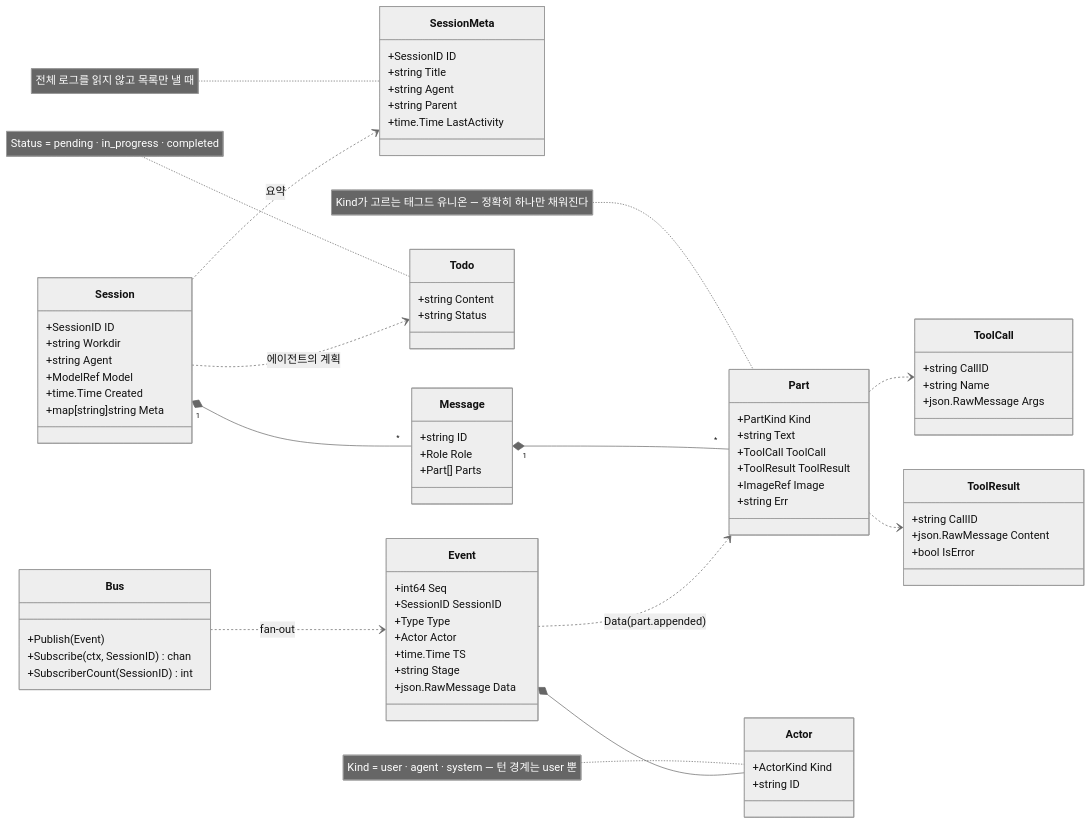
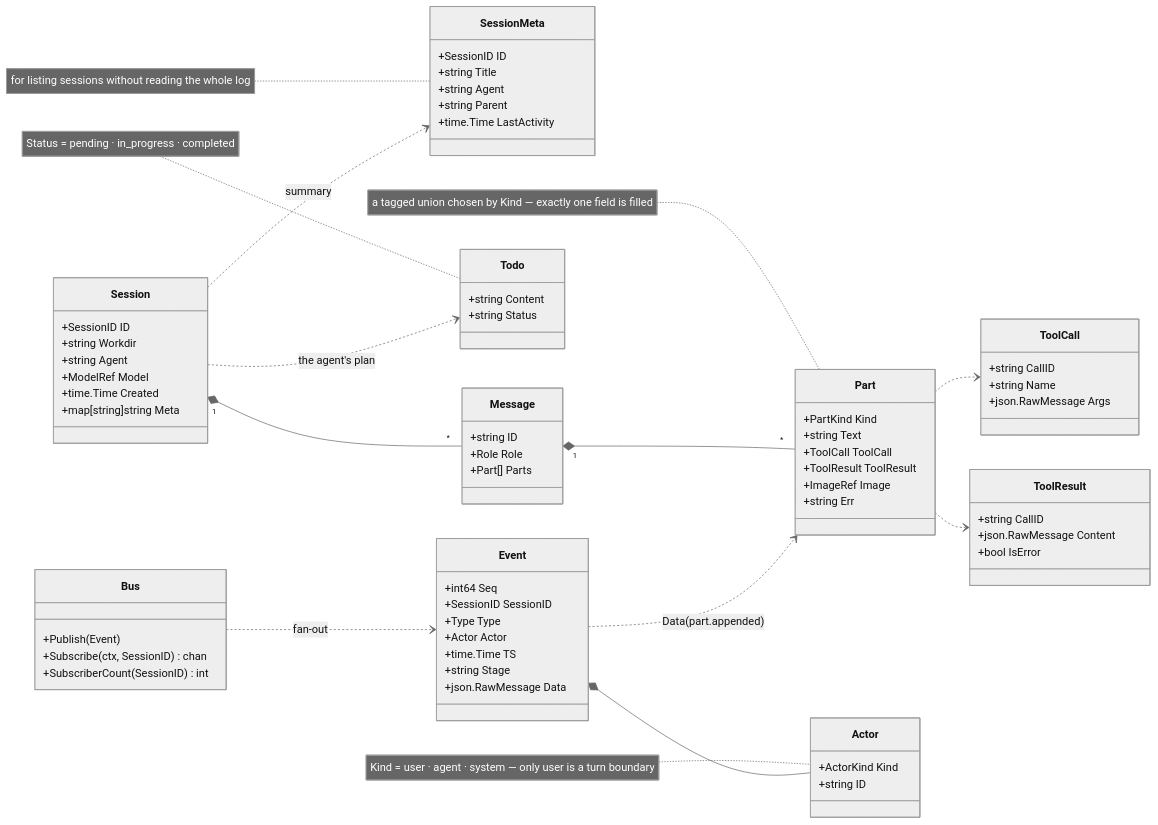
One commit to sayaya1090/magi changed the fifth of 10 diagrams in docs/DIAGRAMS.md. Above: the diagram before and after it, drawn with Mermaid. The commit also changed other lines of this file and 5 other files, not shown here.

First line of the commit message:
docs: split DIAGRAMS into English and Korean

````diff
--- a/docs/DIAGRAMS.md
+++ b/docs/DIAGRAMS.md
@@ -203,82 +212,82 @@
 ```mermaid
 %%{init: {'theme':'neutral'}}%%
 classDiagram
   direction LR
 
   class Session {
     +SessionID ID
     +string Workdir
     +string Agent
     +ModelRef Model
     +time.Time Created
     +map[string]string Meta
   }
   class SessionMeta {
     +SessionID ID
     +string Title
     +string Agent
     +string Parent
     +time.Time LastActivity
   }
-  note for SessionMeta "전체 로그를 읽지 않고 목록만 낼 때"
+  note for SessionMeta "for listing sessions without reading the whole log"
   class Message {
     +string ID
     +Role Role
     +Part[] Parts
   }
   class Part {
     +PartKind Kind
     +string Text
     +ToolCall ToolCall
     +ToolResult ToolResult
     +ImageRef Image
     +string Err
   }
-  note for Part "Kind가 고르는 태그드 유니온 — 정확히 하나만 채워진다"
+  note for Part "a tagged union chosen by Kind — exactly one field is filled"
   class ToolCall {
     +string CallID
     +string Name
     +json.RawMessage Args
   }
   class ToolResult {
     +string CallID
     +json.RawMessage Content
     +bool IsError
   }
   class Todo {
     +string Content
     +string Status
   }
   note for Todo "Status = pending · in_progress · completed"
 
   Session "1" *-- "*" Message
   Message "1" *-- "*" Part
   Part ..> ToolCall
   Part ..> ToolResult
-  Session ..> SessionMeta : 요약
-  Session ..> Todo : 에이전트의 계획
+  Session ..> SessionMeta : summary
+  Session ..> Todo : the agent's plan
 
   class Event {
     +int64 Seq
     +SessionID SessionID
     +Type Type
     +Actor Actor
     +time.Time TS
     +string Stage
     +json.RawMessage Data
   }
   class Actor {
     +ActorKind Kind
     +string ID
   }
-  note for Actor "Kind = user · agent · system — 턴 경계는 user 뿐"
+  note for Actor "Kind = user · agent · system — only user is a turn boundary"
   class Bus {
     +Publish(Event)
     +Subscribe(ctx, SessionID) chan
     +SubscriberCount(SessionID) int
   }
 
   Event *-- Actor
   Bus ..> Event : fan-out
   Event ..> Part : Data(part.appended)
 ```
````
